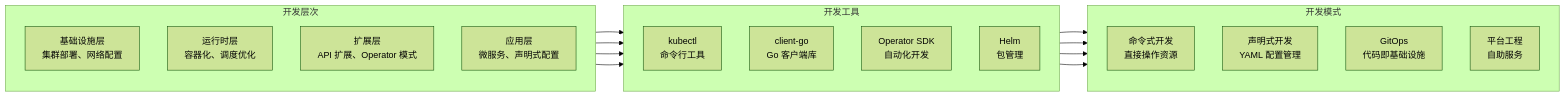
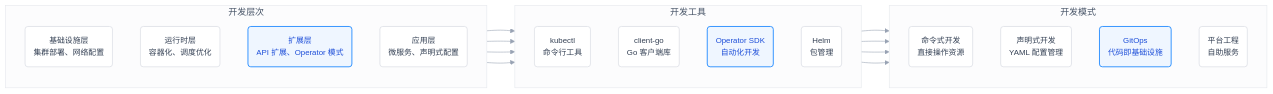
One commit to shenghongio/blogio changed the first of 2 diagrams in content/series/kubernetes-tutorial/overview.md. Above: the diagram before and after it, drawn with Mermaid (forest theme). The commit also changed other lines of this file and 7 other files, not shown here.

First line of the commit message:
feat(mermaid): 引入 Lucide 图标字体并为 Mermaid 节点注入语义图标

````diff
--- a/content/series/kubernetes-tutorial/overview.md
+++ b/content/series/kubernetes-tutorial/overview.md
@@ -17,32 +18,40 @@
 ```mermaid
 %% caption: 图 1：Kubernetes 开发生态全景：开发层次、开发工具与开发模式
 flowchart LR
-    subgraph Layer [开发层次]
+    subgraph Layer["开发层次"]
         direction TB
-        L1[基础设施层<br>集群部署、网络配置]
-        L2[运行时层<br>容器化、调度优化]
-        L3[扩展层<br>API 扩展、Operator 模式]
-        L4[应用层<br>微服务、声明式配置]
+        L1("<i class='luc-layers'></i>基础设施层<br/>集群部署、网络配置")
+        L2("<i class='luc-box'></i>运行时层<br/>容器化、调度优化")
+        L3("<i class='luc-workflow'></i>扩展层<br/>API 扩展、Operator 模式")
+        L4("<i class='luc-app-window'></i>应用层<br/>微服务、声明式配置")
     end
 
-    subgraph Tool [开发工具]
+    subgraph Tool["开发工具"]
         direction TB
-        T1[kubectl<br>命令行工具]
-        T2[client-go<br>Go 客户端库]
-        T3[Operator SDK<br>自动化开发]
-        T4[Helm<br>包管理]
+        T1("<i class='luc-terminal'></i>kubectl<br/>命令行工具")
+        T2("<i class='luc-library'></i>client-go<br/>Go 客户端库")
+        T3("<i class='luc-bot'></i>Operator SDK<br/>自动化开发")
+        T4("<i class='luc-package'></i>Helm<br/>包管理")
     end
 
-    subgraph Mode [开发模式]
+    subgraph Mode["开发模式"]
         direction TB
-        M1[命令式开发<br>直接操作资源]
-        M2[声明式开发<br>YAML 配置管理]
-        M3[GitOps<br>代码即基础设施]
-        M4[平台工程<br>自助服务]
+        M1("<i class='luc-keyboard'></i>命令式开发<br/>直接操作资源")
+        M2("<i class='luc-file-text'></i>声明式开发<br/>YAML 配置管理")
+        M3("<i class='luc-git-branch'></i>GitOps<br/>代码即基础设施")
+        M4("<i class='luc-building-2'></i>平台工程<br/>自助服务")
     end
 
     L1 --> T1 --> M1
     L2 --> T2 --> M2
     L3 --> T3 --> M3
     L4 --> T4 --> M4
+
+    classDef default fill:#ffffff,stroke:#d0d5dd,stroke-width:1px,color:#344054,font-size:14px
+    classDef core fill:#eff6ff,stroke:#1685ff,stroke-width:1.5px,color:#1d4ed8
+    class L3,T3,M3 core
+    style Layer fill:#fcfcfd,stroke:#e4e7ec,stroke-width:1px,color:#475467
+    style Tool fill:#fcfcfd,stroke:#e4e7ec,stroke-width:1px,color:#475467
+    style Mode fill:#fcfcfd,stroke:#e4e7ec,stroke-width:1px,color:#475467
+    linkStyle default stroke:#98a2b3,stroke-width:1px
 ```
````
